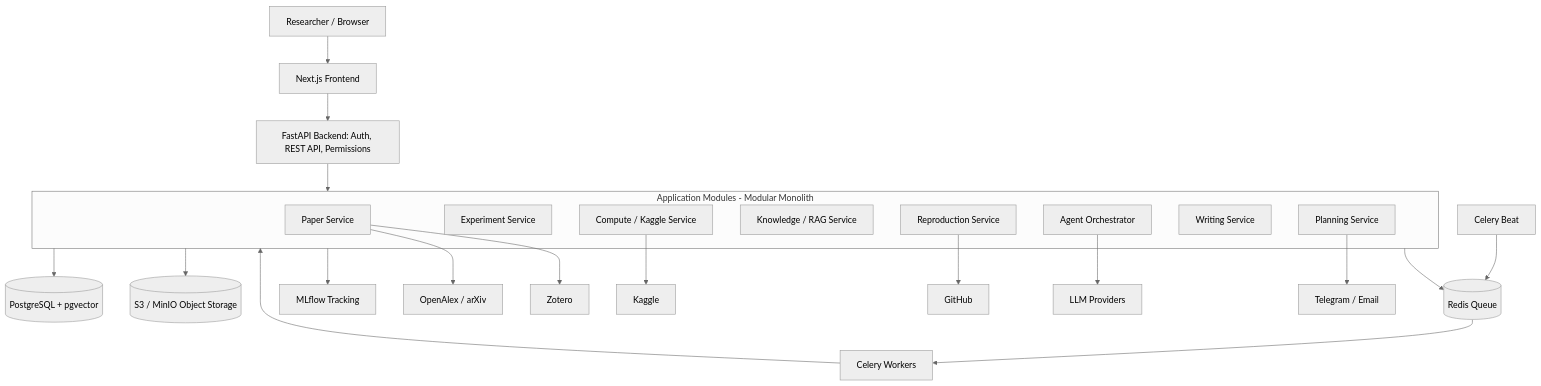
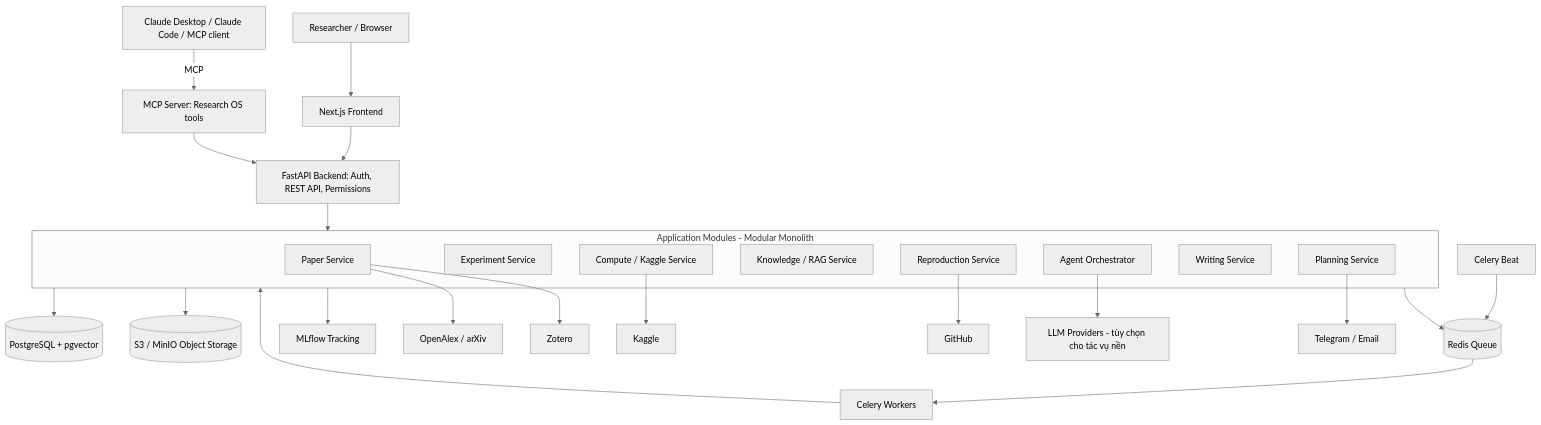
The first of 8 diagrams in docs/AI_Research_OS_Architecture_Roadmap.md (Huyit2k5/ai-research-os), drawn with Mermaid (neutral theme) before and after one commit. The commit also changed other lines of this file and 39 other files, not shown here.

````diff
--- a/docs/AI_Research_OS_Architecture_Roadmap.md
+++ b/docs/AI_Research_OS_Architecture_Roadmap.md
@@ -102,32 +102,34 @@
 ```mermaid
 flowchart TB
     U[Researcher / Browser] --> FE[Next.js Frontend]
     FE --> API[FastAPI Backend: Auth, REST API, Permissions]
 
     subgraph MOD[Application Modules - Modular Monolith]
         PAPER[Paper Service]
         EXP[Experiment Service]
         COMPUTE[Compute / Kaggle Service]
         KNOW[Knowledge / RAG Service]
         AGENT[Agent Orchestrator]
         REPRO[Reproduction Service]
         WRITE[Writing Service]
         PLAN[Planning Service]
     end
 
     API --> MOD
     MOD --> DB[(PostgreSQL + pgvector)]
     MOD --> OBJ[(S3 / MinIO Object Storage)]
     MOD --> MQ[(Redis Queue)]
     MQ --> WORKER[Celery Workers]
     BEAT[Celery Beat] --> MQ
     WORKER --> MOD
     MOD --> ML[MLflow Tracking]
 
     PAPER --> OPENALEX[OpenAlex / arXiv]
     PAPER --> ZOT[Zotero]
     COMPUTE --> KAG[Kaggle]
     REPRO --> GIT[GitHub]
-    AGENT --> LLM[LLM Providers]
+    AGENT --> LLM[LLM Providers - tùy chọn cho tác vụ nền]
+    MCPS[MCP Server: Research OS tools] --> API
+    CLAUDE[Claude Desktop / Claude Code / MCP client] -->|MCP| MCPS
     PLAN --> NOTIFY[Telegram / Email]
 ```
````
